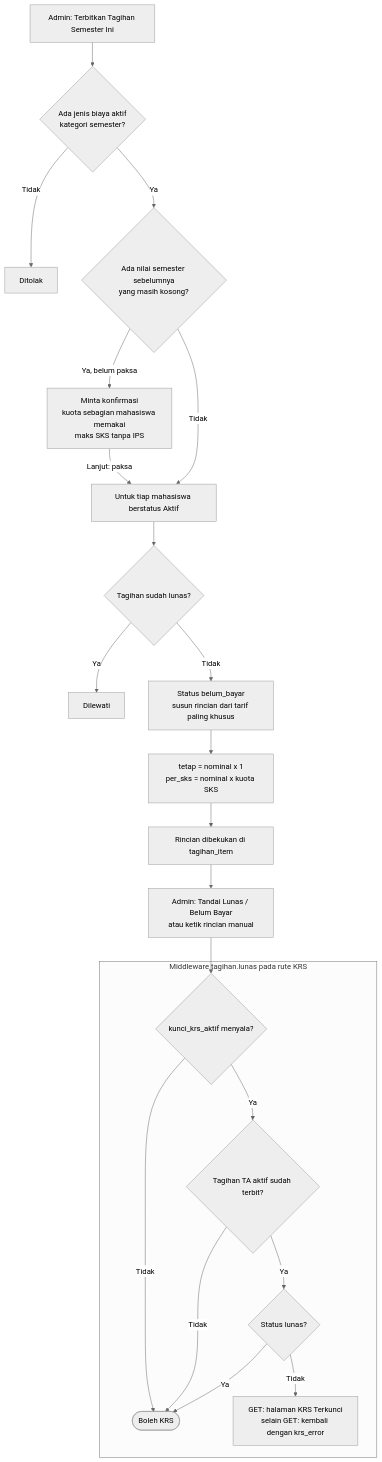
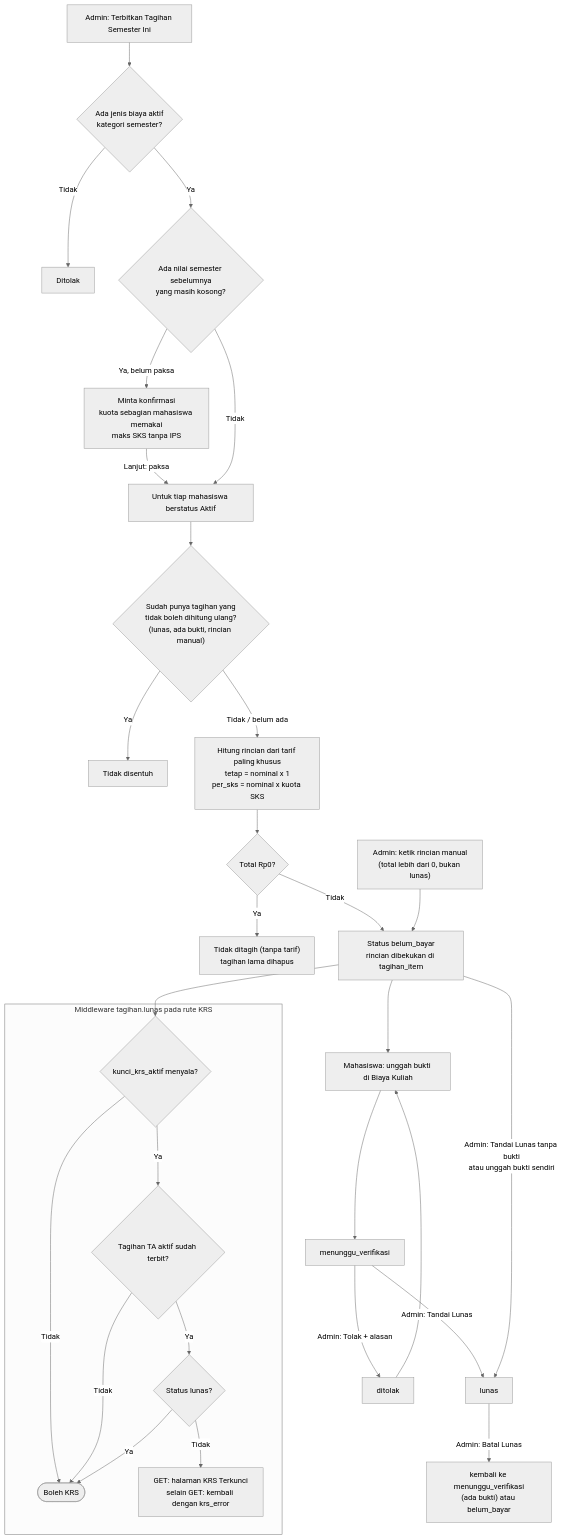
The fifth of 27 diagrams in docs/system-flowchart.md (Velocity-Developer/sia-vd), drawn with Mermaid (neutral theme) before and after one commit. The commit also changed 19 other files, not shown here.

First line of the commit message:
feat(keuangan): bukti bayar tagihan semester dan terbitkan ulang yang aman (PD-9..11)

````diff
--- a/docs/system-flowchart.md
+++ b/docs/system-flowchart.md
@@ -174,26 +174,33 @@
 ```mermaid
 flowchart TD
     A["Admin: Terbitkan Tagihan Semester Ini"] --> B{"Ada jenis biaya aktif<br/>kategori semester?"}
     B -- Tidak --> B1["Ditolak"]
     B -- Ya --> C{"Ada nilai semester sebelumnya<br/>yang masih kosong?"}
     C -- "Ya, belum paksa" --> C1["Minta konfirmasi<br/>kuota sebagian mahasiswa memakai<br/>maks SKS tanpa IPS"]
     C1 -- "Lanjut: paksa" --> D
     C -- Tidak --> D["Untuk tiap mahasiswa berstatus Aktif"]
-    D --> E{"Tagihan sudah lunas?"}
-    E -- Ya --> E1["Dilewati"]
-    E -- Tidak --> F["Status belum_bayar<br/>susun rincian dari tarif paling khusus"]
-    F --> G["tetap = nominal x 1<br/>per_sks = nominal x kuota SKS"]
-    G --> H["Rincian dibekukan di tagihan_item"]
+    D --> E{"Sudah punya tagihan yang<br/>tidak boleh dihitung ulang?<br/>(lunas, ada bukti, rincian manual)"}
+    E -- Ya --> E1["Tidak disentuh"]
+    E -- "Tidak / belum ada" --> F["Hitung rincian dari tarif paling khusus<br/>tetap = nominal x 1<br/>per_sks = nominal x kuota SKS"]
+    F --> F1{"Total Rp0?"}
+    F1 -- Ya --> F2["Tidak ditagih (tanpa tarif)<br/>tagihan lama dihapus"]
+    F1 -- Tidak --> H["Status belum_bayar<br/>rincian dibekukan di tagihan_item"]
 
-    H --> I["Admin: Tandai Lunas / Belum Bayar<br/>atau ketik rincian manual"]
+    H --> P1["Mahasiswa: unggah bukti di Biaya Kuliah"]
+    P1 --> P2["menunggu_verifikasi"]
+    P2 -- "Admin: Tolak + alasan" --> P3["ditolak"] --> P1
+    P2 -- "Admin: Tandai Lunas" --> I["lunas"]
+    H -- "Admin: Tandai Lunas tanpa bukti<br/>atau unggah bukti sendiri" --> I
+    I -- "Admin: Batal Lunas" --> P4["kembali ke menunggu_verifikasi<br/>(ada bukti) atau belum_bayar"]
+    R["Admin: ketik rincian manual<br/>(total lebih dari 0, bukan lunas)"] --> H
 
     subgraph Kunci["Middleware tagihan.lunas pada rute KRS"]
         K1{"kunci_krs_aktif menyala?"} -- Tidak --> K9(["Boleh KRS"])
         K1 -- Ya --> K2{"Tagihan TA aktif sudah terbit?"}
         K2 -- Tidak --> K9
         K2 -- Ya --> K3{"Status lunas?"}
         K3 -- Ya --> K9
         K3 -- Tidak --> K4["GET: halaman KRS Terkunci<br/>selain GET: kembali dengan krs_error"]
     end
-    I --> K1
+    H --> K1
 ```
````
